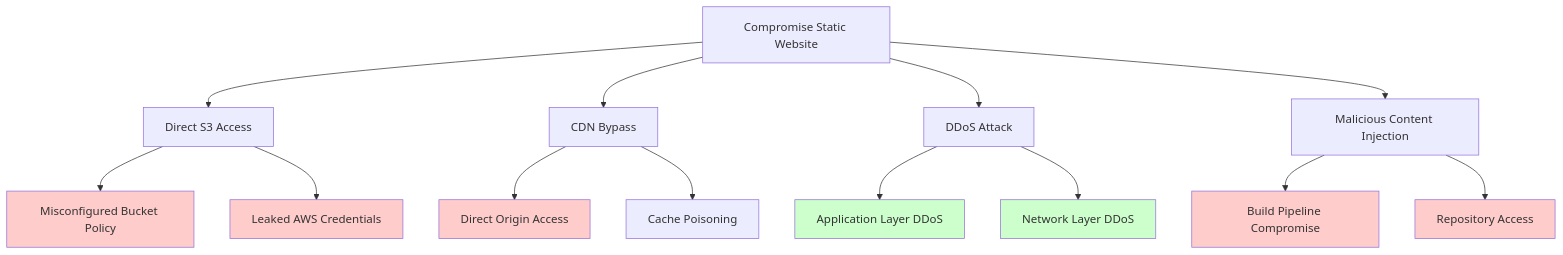
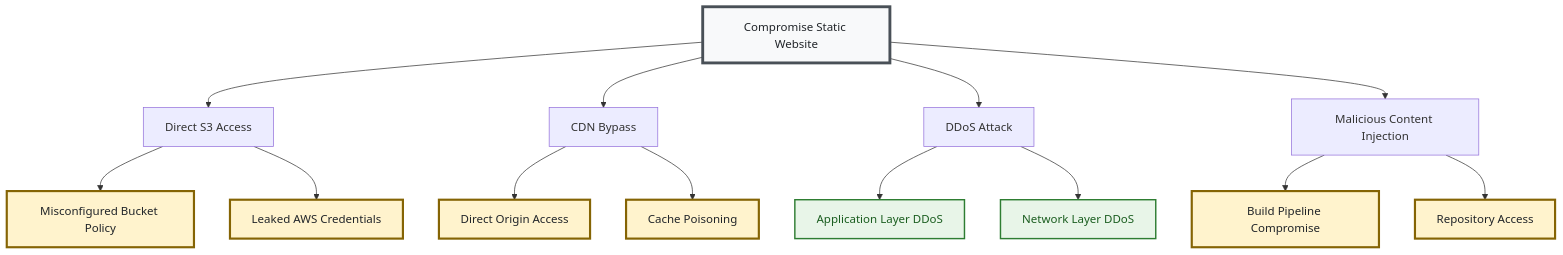
The third of 4 diagrams in ARCHITECTURE.md (Celtikill/static-site), drawn with Mermaid before and after one commit. The commit also changed other lines of this file and 11 other files, not shown here.

````diff
--- a/ARCHITECTURE.md
+++ b/ARCHITECTURE.md
@@ -253,27 +275,32 @@
 ```mermaid
 graph TD
+    %% Accessibility
+    accTitle: Static Website Attack Tree Analysis
+    accDescr: Shows potential attack vectors for compromising static website including direct S3 access, CDN bypass, DDoS attacks, and malicious content injection. High-risk vulnerabilities include misconfigured bucket policies, leaked credentials, direct origin access, and pipeline compromises. Mitigated risks include application and network layer DDoS through WAF and CloudFront protection.
+    
     A[Compromise Static Website] --> B[Direct S3 Access]
     A --> C[CDN Bypass]
     A --> D[DDoS Attack]
     A --> E[Malicious Content Injection]
     
     B --> B1[Misconfigured Bucket Policy]
     B --> B2[Leaked AWS Credentials]
     
     C --> C1[Direct Origin Access]
     C --> C2[Cache Poisoning]
     
     D --> D1[Application Layer DDoS]
     D --> D2[Network Layer DDoS]
     
     E --> E1[Build Pipeline Compromise]
     E --> E2[Repository Access]
     
-    style B1 fill:#ffcccc
-    style B2 fill:#ffcccc
-    style C1 fill:#ffcccc
-    style D1 fill:#ccffcc
-    style D2 fill:#ccffcc
-    style E1 fill:#ffcccc
-    style E2 fill:#ffcccc
+    %% High-Contrast Styling for Accessibility
+    classDef highRisk fill:#fff3cd,stroke:#856404,stroke-width:3px,color:#212529
+    classDef mitigated fill:#e8f5e8,stroke:#2e7d32,stroke-width:2px,color:#1b5e20
+    classDef rootNode fill:#f8f9fa,stroke:#495057,stroke-width:4px,color:#212529
+    
+    class A rootNode
+    class B1,B2,C1,C2,E1,E2 highRisk
+    class D1,D2 mitigated
 ```
````
